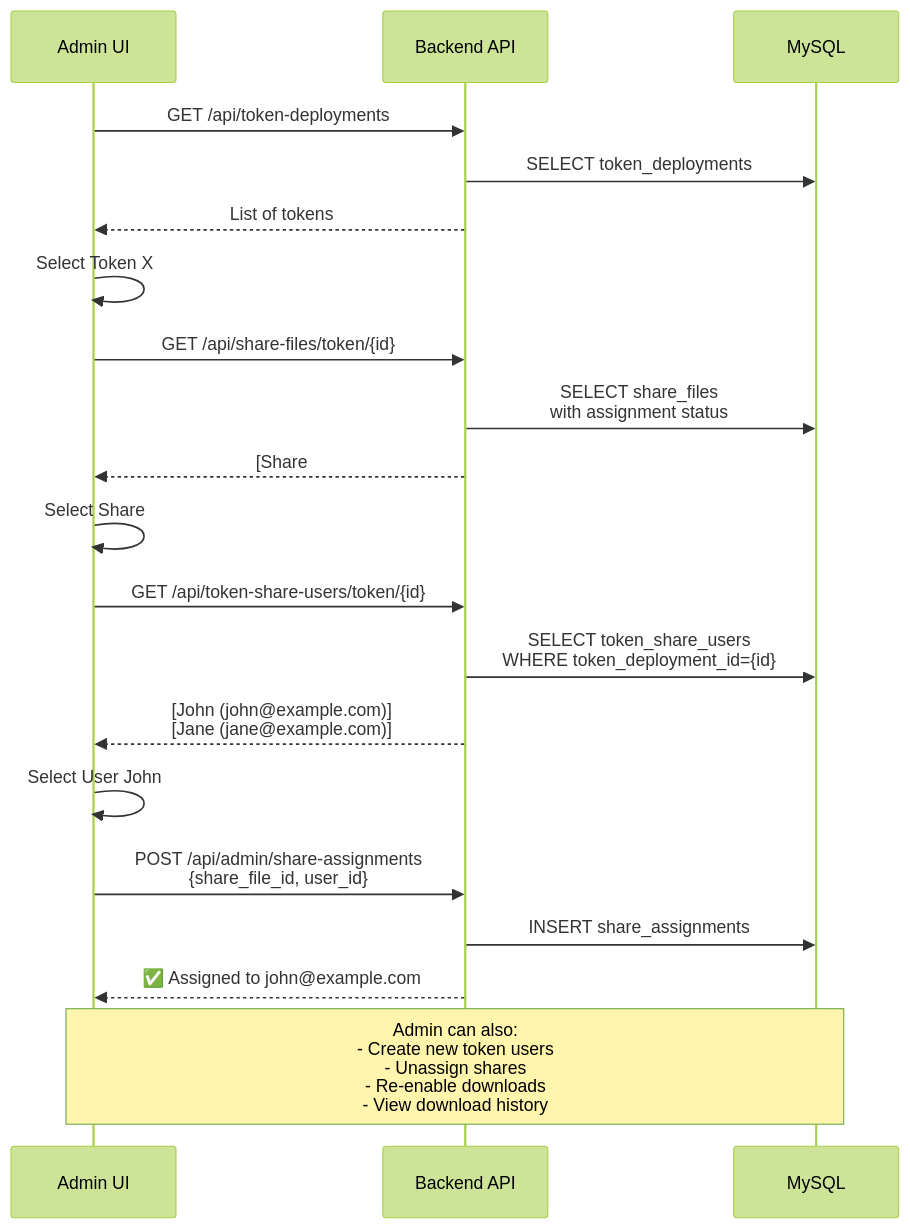
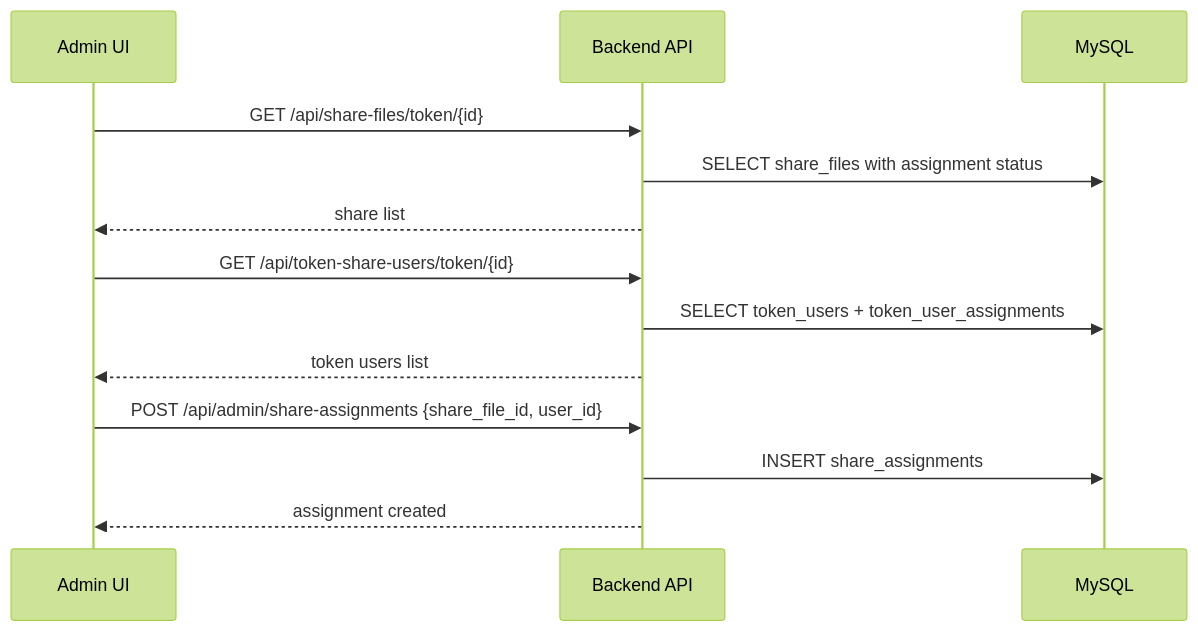
Before and after one commit to commentors-net/Aegis-Mint: the third of 5 diagrams in SHARE-MANAGEMENT-FLOW-FULL-IMPLEMENTATION.md, drawn with Mermaid (forest theme). The commit also changed other lines of this file and 5 other files, not shown here.

````diff
--- a/SHARE-MANAGEMENT-FLOW-FULL-IMPLEMENTATION.md
+++ b/SHARE-MANAGEMENT-FLOW-FULL-IMPLEMENTATION.md
@@ -189,30 +118,18 @@
 ```mermaid
 sequenceDiagram
     participant Admin as Admin UI
     participant API as Backend API
     participant DB as MySQL
     
-    Admin->>API: GET /api/token-deployments
-    API->>DB: SELECT token_deployments
-    API-->>Admin: List of tokens
-    
-    Admin->>Admin: Select Token X
-    
     Admin->>API: GET /api/share-files/token/{id}
-    API->>DB: SELECT share_files<br/>with assignment status
-    API-->>Admin: [Share #1 ✅ user@example.com]<br/>[Share #2 ⭕ unassigned]<br/>[Share #3 ⭕ unassigned]
-    
-    Admin->>Admin: Select Share #2
+    API->>DB: SELECT share_files with assignment status
+    API-->>Admin: share list
     
     Admin->>API: GET /api/token-share-users/token/{id}
-    API->>DB: SELECT token_share_users<br/>WHERE token_deployment_id={id}
-    API-->>Admin: [John (john@example.com)]<br/>[Jane (jane@example.com)]
+    API->>DB: SELECT token_users + token_user_assignments
+    API-->>Admin: token users list
     
-    Admin->>Admin: Select User John
-    
-    Admin->>API: POST /api/admin/share-assignments<br/>{share_file_id, user_id}
+    Admin->>API: POST /api/admin/share-assignments {share_file_id, user_id}
     API->>DB: INSERT share_assignments
-    API-->>Admin: ✅ Assigned to john@example.com
-    
-    Note over Admin,DB: Admin can also:<br/>- Create new token users<br/>- Unassign shares<br/>- Re-enable downloads<br/>- View download history
+    API-->>Admin: assignment created
 ```
````
